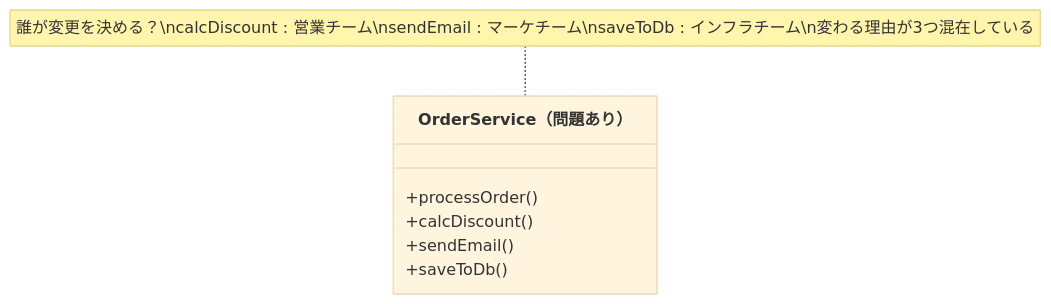
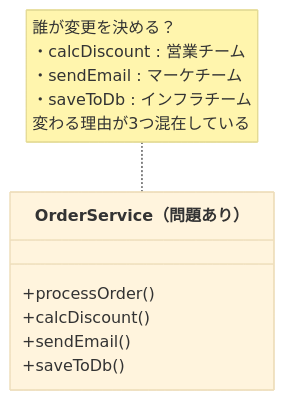
Before and after one commit to kumachan1101-pixel/DesignPattern: the first of 8 diagrams in kindle/design-patterns/output/chapter00.md, drawn with Mermaid (base theme). The commit also changed other lines of this file, not shown here.

Commit message:
Fix Task 04-06: Clarify Philosophy 1, add examples, fix diagram note

````diff
--- a/kindle/design-patterns/output/chapter00.md
+++ b/kindle/design-patterns/output/chapter00.md
@@ -112,10 +118,10 @@
 ```mermaid
 classDiagram
     class OrderService_before["OrderService（問題あり）"] {
         +processOrder()
         +calcDiscount()
         +sendEmail()
         +saveToDb()
     }
-    note for OrderService_before "誰が変更を決める？\ncalcDiscount : 営業チーム\nsendEmail    : マーケチーム\nsaveToDb     : インフラチーム\n変わる理由が3つ混在している"
+    note for OrderService_before "誰が変更を決める？<br>・calcDiscount : 営業チーム<br>・sendEmail : マーケチーム<br>・saveToDb : インフラチーム<br>変わる理由が3つ混在している"
 ```
````
